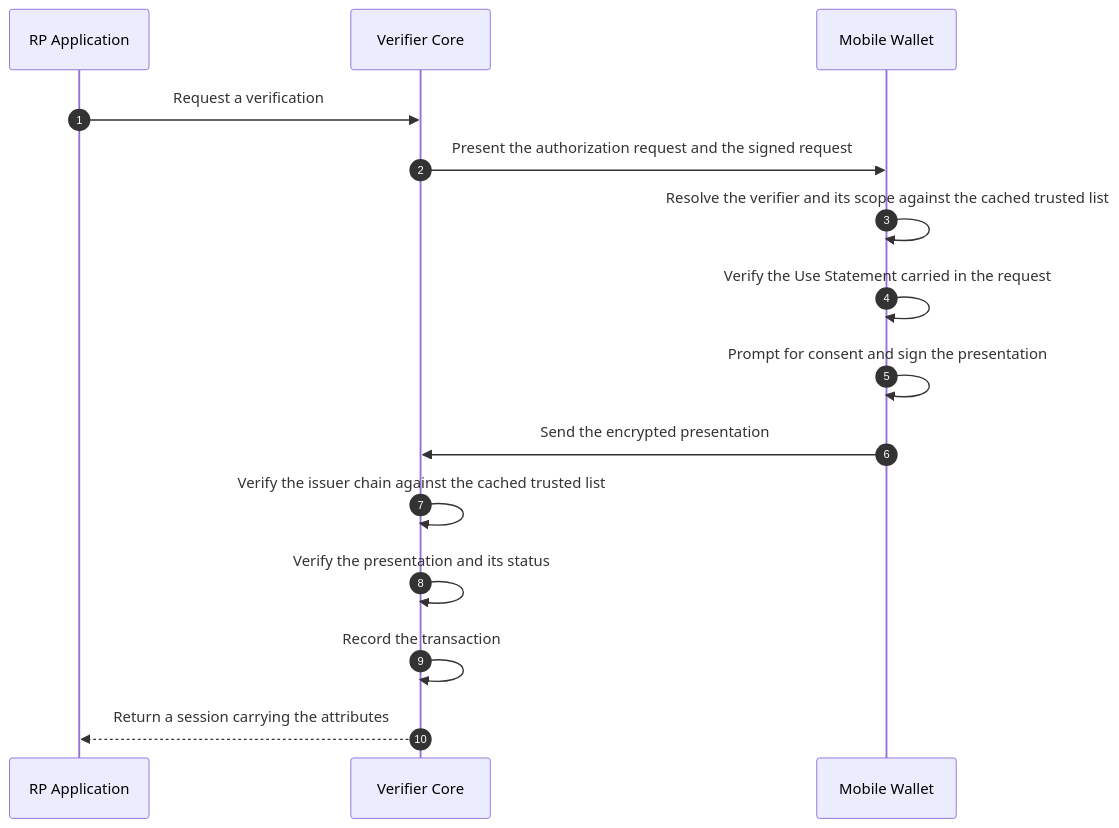
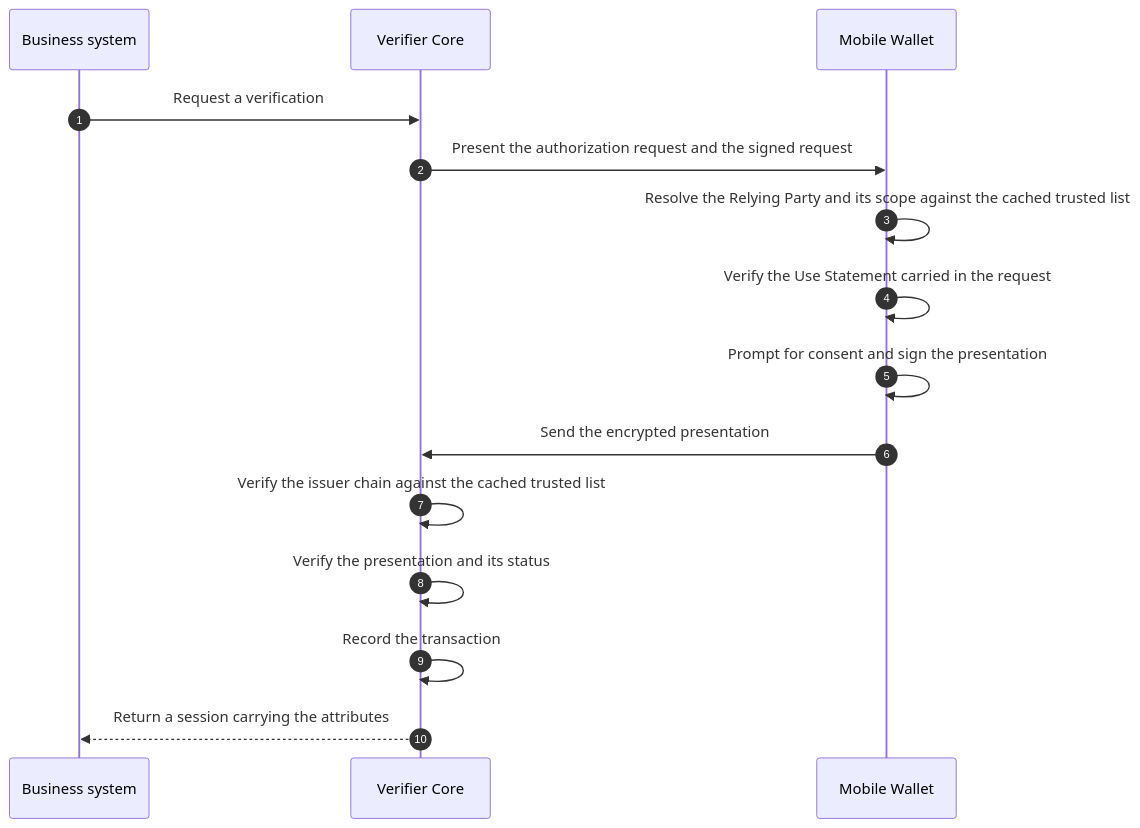
One commit to id-verifiable-credential-dev/id-doc-idctf changed the ninth of 14 diagrams in docs/architecture-framework/high-level-architecture/flows-per-use-case.md. Above: the diagram before and after it, drawn with Mermaid. The commit also changed other lines of this file and 87 other files, not shown here.

````diff
--- a/docs/architecture-framework/high-level-architecture/flows-per-use-case.md
+++ b/docs/architecture-framework/high-level-architecture/flows-per-use-case.md
@@ -589,17 +713,17 @@
 ```mermaid
 sequenceDiagram
     autonumber
-    participant RP as RP Application
+    participant RP as Business system
     participant VC as Verifier Core
     participant MW as Mobile Wallet
     RP->>VC: Request a verification
     VC->>MW: Present the authorization request and the signed request
-    MW->>MW: Resolve the verifier and its scope against the cached trusted list
+    MW->>MW: Resolve the Relying Party and its scope against the cached trusted list
     MW->>MW: Verify the Use Statement carried in the request
     MW->>MW: Prompt for consent and sign the presentation
     MW->>VC: Send the encrypted presentation
     VC->>VC: Verify the issuer chain against the cached trusted list
     VC->>VC: Verify the presentation and its status
     VC->>VC: Record the transaction
     VC-->>RP: Return a session carrying the attributes
 ```
````
